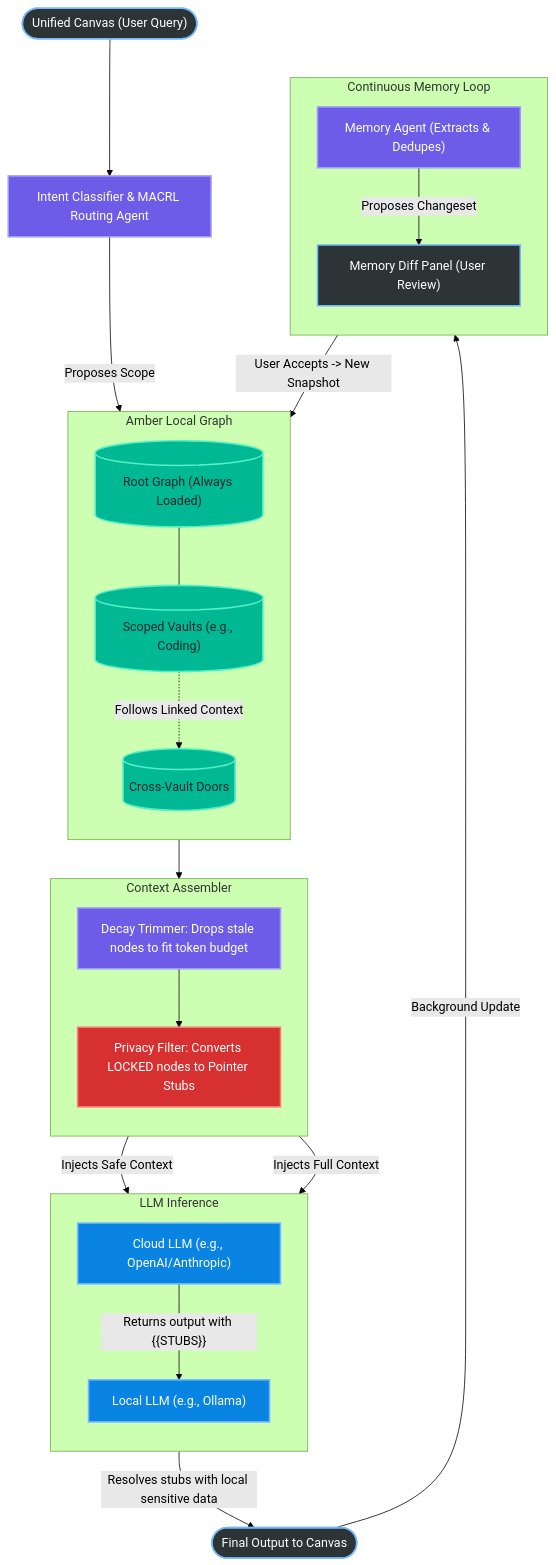
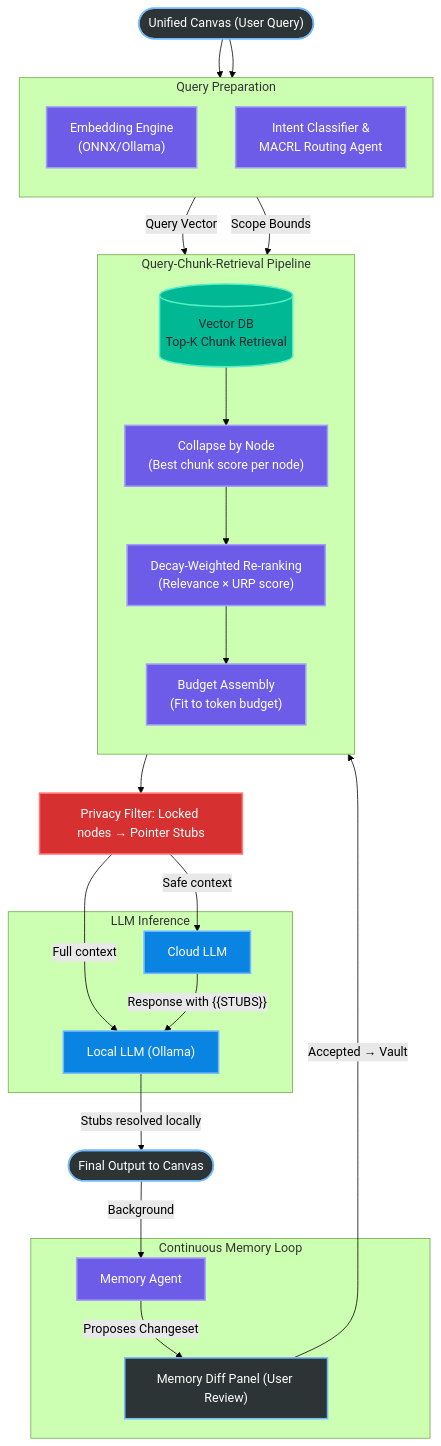
Before and after one commit to MindVault-Team/MindVault: the diagram in README.md, drawn with Mermaid (forest theme). The commit also changed other lines of this file and 1 other file, not shown here.

Commit message:
refactor: rename existing documentation to old_README.md and update README.md with comprehensive architectural details

````diff
--- a/README.md
+++ b/README.md
@@ -27,62 +241,52 @@
 ```mermaid
 flowchart TD
-    %% Custom Styling
     classDef user fill:#2d3436,stroke:#74b9ff,stroke-width:2px,color:#fff
     classDef agent fill:#6c5ce7,stroke:#a29bfe,stroke-width:2px,color:#fff
     classDef memory fill:#00b894,stroke:#55efc4,stroke-width:2px,color:#1e272e
     classDef privacy fill:#d63031,stroke:#ff7675,stroke-width:2px,color:#fff
     classDef inference fill:#0984e3,stroke:#74b9ff,stroke-width:2px,color:#fff
 
-    %% 1. Input
     Canvas(["Unified Canvas (User Query)"]):::user
     
-    %% 2. Intent & Routing
-    Intent["Intent Classifier & MACRL Routing Agent"]:::agent
+    subgraph QueryPrep [Query Preparation]
+        direction TB
+        Embed["Embedding Engine<br>(ONNX/Ollama)"]:::agent
+        Intent["Intent Classifier &<br>MACRL Routing Agent"]:::agent
+    end
+    Canvas --> Embed
     Canvas --> Intent
     
-    %% 3. Retrieval
-    subgraph Storage [Amber Local Graph]
+    subgraph QCR [Query-Chunk-Retrieval Pipeline]
         direction TB
-        Root[("Root Graph (Always Loaded)")]:::memory
-        Vaults[("Scoped Vaults (e.g., Coding)")]:::memory
-        Doors[("Cross-Vault Doors")]:::memory
-        Root --- Vaults
-        Vaults -.->|"Follows Linked Context"| Doors
+        VectorDB[("Vector DB<br>Top-K Chunk Retrieval")]:::memory
+        Collapse["Collapse by Node<br>(Best chunk score per node)"]:::agent
+        Decay["Decay-Weighted Re-ranking<br>(Relevance × URP score)"]:::agent
+        Budget["Budget Assembly<br>(Fit to token budget)"]:::agent
+        VectorDB --> Collapse --> Decay --> Budget
     end
     
-    Intent -->|"Proposes Scope"| Storage
+    Embed -->|"Query Vector"| VectorDB
+    Intent -->|"Scope Bounds"| VectorDB
     
-    %% 4. Optimization & Privacy
-    subgraph Assembly [Context Assembler]
-        direction TB
-        Decay["Decay Trimmer: Drops stale nodes to fit token budget"]:::agent
-        Stub["Privacy Filter: Converts LOCKED nodes to Pointer Stubs"]:::privacy
+    Stub["Privacy Filter: Locked nodes → Pointer Stubs"]:::privacy
+    Budget --> Stub
+    
+    subgraph InferenceLayer [LLM Inference]
+        Cloud["Cloud LLM"]:::inference
+        Local["Local LLM (Ollama)"]:::inference
     end
     
-    Storage --> Decay
-    Decay --> Stub
+    Stub -->|"Safe context"| Cloud
+    Stub -->|"Full context"| Local
+    Cloud -->|"Response with {{STUBS}}"| Local
+    Local -->|"Stubs resolved locally"| Output(["Final Output to Canvas"]):::user
     
-    %% 5. Handoff & Inference
-    subgraph InferenceLayer [LLM Inference]
-        direction TB
-        Cloud["Cloud LLM (e.g., OpenAI/Anthropic)"]:::inference
-        Local["Local LLM (e.g., Ollama)"]:::inference
-    end
-    
-    Stub -->|"Injects Safe Context"| Cloud
-    Stub -->|"Injects Full Context"| Local
-    
-    Cloud -->|"Returns output with {{STUBS}}"| Local
-    Local -->|"Resolves stubs with local sensitive data"| Output(["Final Output to Canvas"]):::user
-    
-    %% 6. Continuous Memory Loop
     subgraph PostSession [Continuous Memory Loop]
-        direction TB
-        MemAgent["Memory Agent (Extracts & Dedupes)"]:::agent
+        MemAgent["Memory Agent"]:::agent
         Diff["Memory Diff Panel (User Review)"]:::user
     end
     
-    Output -->|"Background Update"| MemAgent
+    Output -->|"Background"| MemAgent
     MemAgent -->|"Proposes Changeset"| Diff
-    Diff -->|"User Accepts -> New Snapshot"| Storage
+    Diff -->|"Accepted → Vault"| VectorDB
 ```
````
